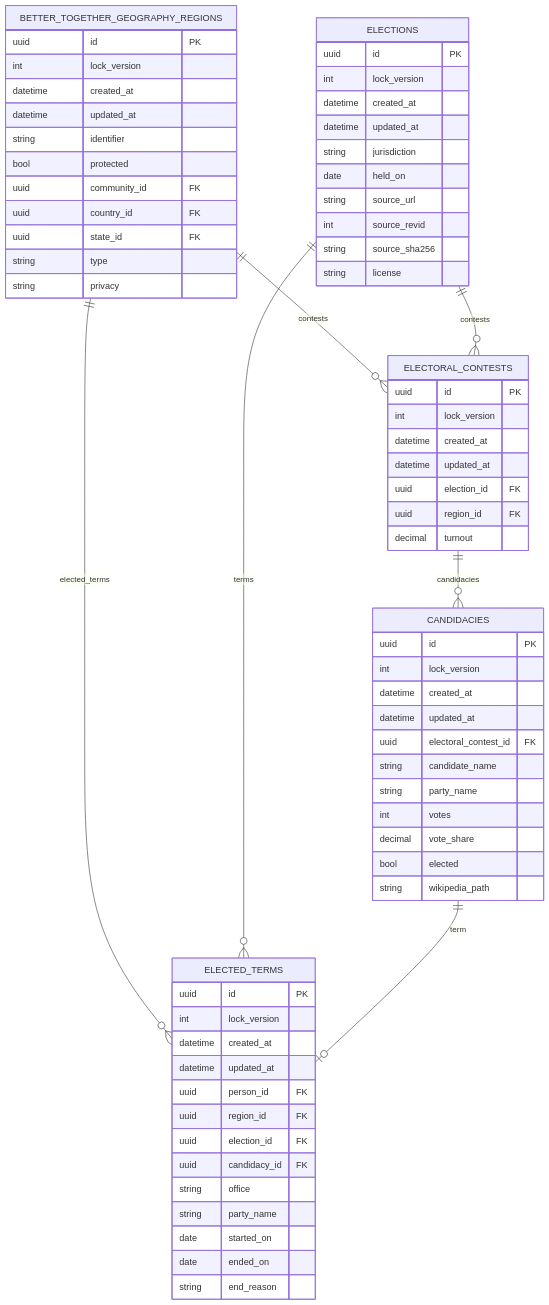
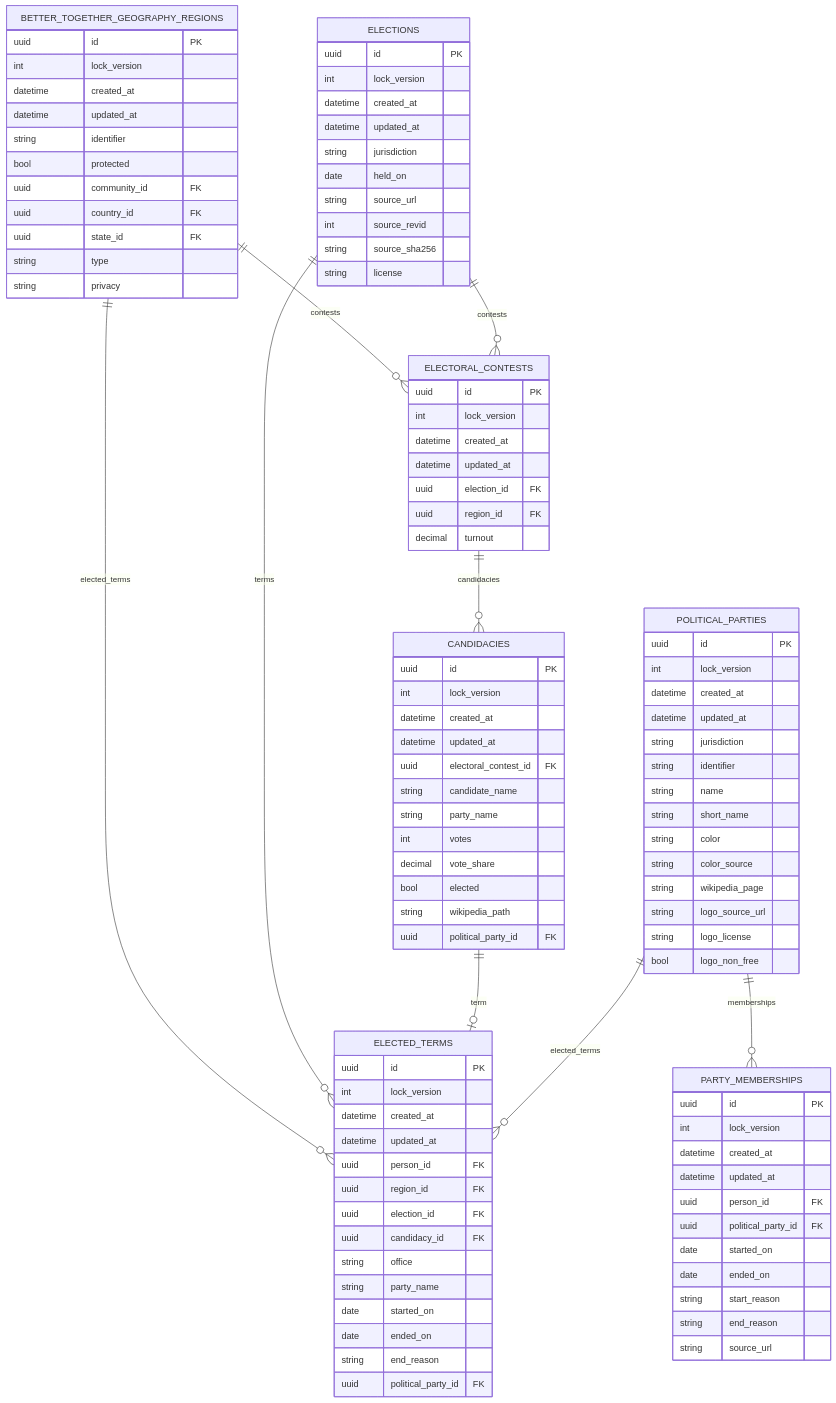
One commit to better-together-solutions/newfoundlandlabradoronline changed the diagram in docs/diagrams/source/nlo_elections_schema_erd.mmd. Above: the diagram before and after it, drawn with Mermaid. The commit also changed 43 other files, not shown here.

First line of the commit message:
feat(regions): political parties with brand colours, logos and dated party membership

```diff
--- a/docs/diagrams/source/nlo_elections_schema_erd.mmd
+++ b/docs/diagrams/source/nlo_elections_schema_erd.mmd
@@ -1,71 +1,104 @@
 %% Generated by scripts/export_diagrams.rb. Do not edit by hand.
 %% render.orientation: landscape
 erDiagram
   BETTER_TOGETHER_GEOGRAPHY_REGIONS {
     uuid id PK
     int lock_version
     datetime created_at
     datetime updated_at
     string identifier
     bool protected
     uuid community_id FK
     uuid country_id FK
     uuid state_id FK
     string type
     string privacy
   }
   ELECTIONS {
     uuid id PK
     int lock_version
     datetime created_at
     datetime updated_at
     string jurisdiction
     date held_on
     string source_url
     int source_revid
     string source_sha256
     string license
   }
   ELECTORAL_CONTESTS {
     uuid id PK
     int lock_version
     datetime created_at
     datetime updated_at
     uuid election_id FK
     uuid region_id FK
     decimal turnout
   }
   CANDIDACIES {
     uuid id PK
     int lock_version
     datetime created_at
     datetime updated_at
     uuid electoral_contest_id FK
     string candidate_name
     string party_name
     int votes
     decimal vote_share
     bool elected
     string wikipedia_path
+    uuid political_party_id FK
   }
   ELECTED_TERMS {
     uuid id PK
     int lock_version
     datetime created_at
     datetime updated_at
     uuid person_id FK
     uuid region_id FK
     uuid election_id FK
     uuid candidacy_id FK
     string office
     string party_name
     date started_on
     date ended_on
     string end_reason
+    uuid political_party_id FK
+  }
+  POLITICAL_PARTIES {
+    uuid id PK
+    int lock_version
+    datetime created_at
+    datetime updated_at
+    string jurisdiction
+    string identifier
+    string name
+    string short_name
+    string color
+    string color_source
+    string wikipedia_page
+    string logo_source_url
+    string logo_license
+    bool logo_non_free
+  }
+  PARTY_MEMBERSHIPS {
+    uuid id PK
+    int lock_version
+    datetime created_at
+    datetime updated_at
+    uuid person_id FK
+    uuid political_party_id FK
+    date started_on
+    date ended_on
+    string start_reason
+    string end_reason
+    string source_url
   }
   BETTER_TOGETHER_GEOGRAPHY_REGIONS ||--o{ ELECTORAL_CONTESTS : "contests"
   BETTER_TOGETHER_GEOGRAPHY_REGIONS ||--o{ ELECTED_TERMS : "elected_terms"
   ELECTIONS ||--o{ ELECTORAL_CONTESTS : "contests"
   ELECTIONS ||--o{ ELECTED_TERMS : "terms"
   ELECTORAL_CONTESTS ||--o{ CANDIDACIES : "candidacies"
   CANDIDACIES ||--o| ELECTED_TERMS : "term"
+  POLITICAL_PARTIES ||--o{ PARTY_MEMBERSHIPS : "memberships"
+  POLITICAL_PARTIES ||--o{ ELECTED_TERMS : "elected_terms"
```
